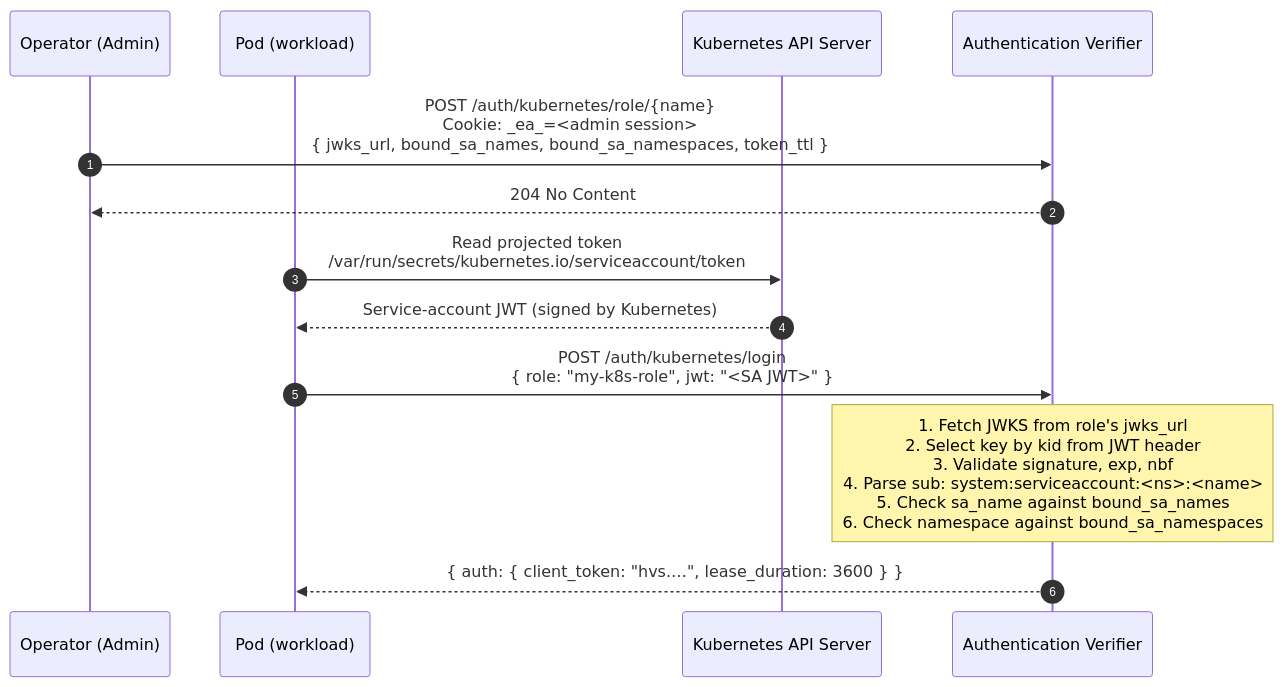
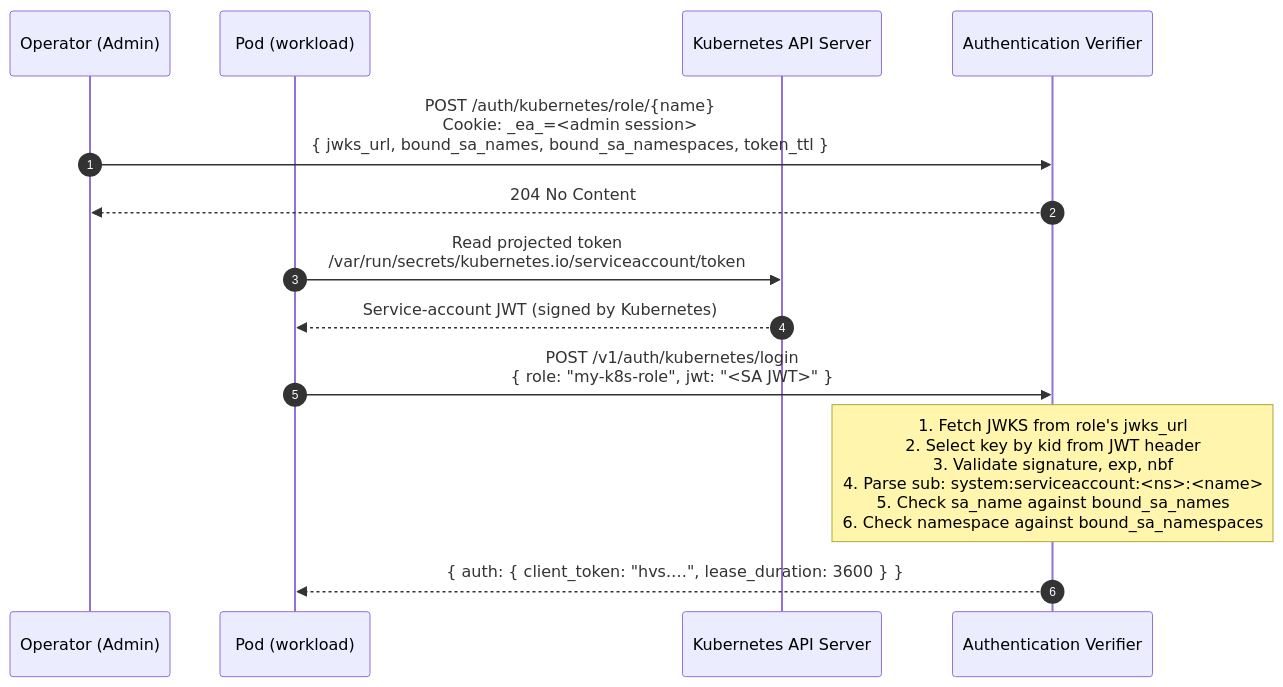
Before and after one commit to Cosmian/authentication: the sixth of 13 diagrams in server/documentation/docs/authentication_flows.md, drawn with Mermaid. The commit also changed other lines of this file and 32 other files, not shown here.

First line of the commit message:
feat!: serve Vault client routes only under /v1/auth and add userpass login (#134)

````diff
--- a/server/documentation/docs/authentication_flows.md
+++ b/server/documentation/docs/authentication_flows.md
@@ -258,18 +258,18 @@
 ```mermaid
 sequenceDiagram
     autonumber
     participant O as Operator (Admin)
     participant P as Pod (workload)
     participant K8s as Kubernetes API Server
     participant EA as Authentication Verifier
 
     O->>EA: POST /auth/kubernetes/role/{name}<br/>Cookie: _ea_=<admin session><br/>{ jwks_url, bound_sa_names, bound_sa_namespaces, token_ttl }
     EA-->>O: 204 No Content
 
     P->>K8s: Read projected token<br/>/var/run/secrets/kubernetes.io/serviceaccount/token
     K8s-->>P: Service-account JWT (signed by Kubernetes)
 
-    P->>EA: POST /auth/kubernetes/login<br/>{ role: "my-k8s-role", jwt: "<SA JWT>" }
+    P->>EA: POST /v1/auth/kubernetes/login<br/>{ role: "my-k8s-role", jwt: "<SA JWT>" }
     note over EA: 1. Fetch JWKS from role's jwks_url<br/>2. Select key by kid from JWT header<br/>3. Validate signature, exp, nbf<br/>4. Parse sub: system:serviceaccount:<ns>:<name><br/>5. Check sa_name against bound_sa_names<br/>6. Check namespace against bound_sa_namespaces
     EA-->>P: { auth: { client_token: "hvs.…", lease_duration: 3600 } }
 ```
````
